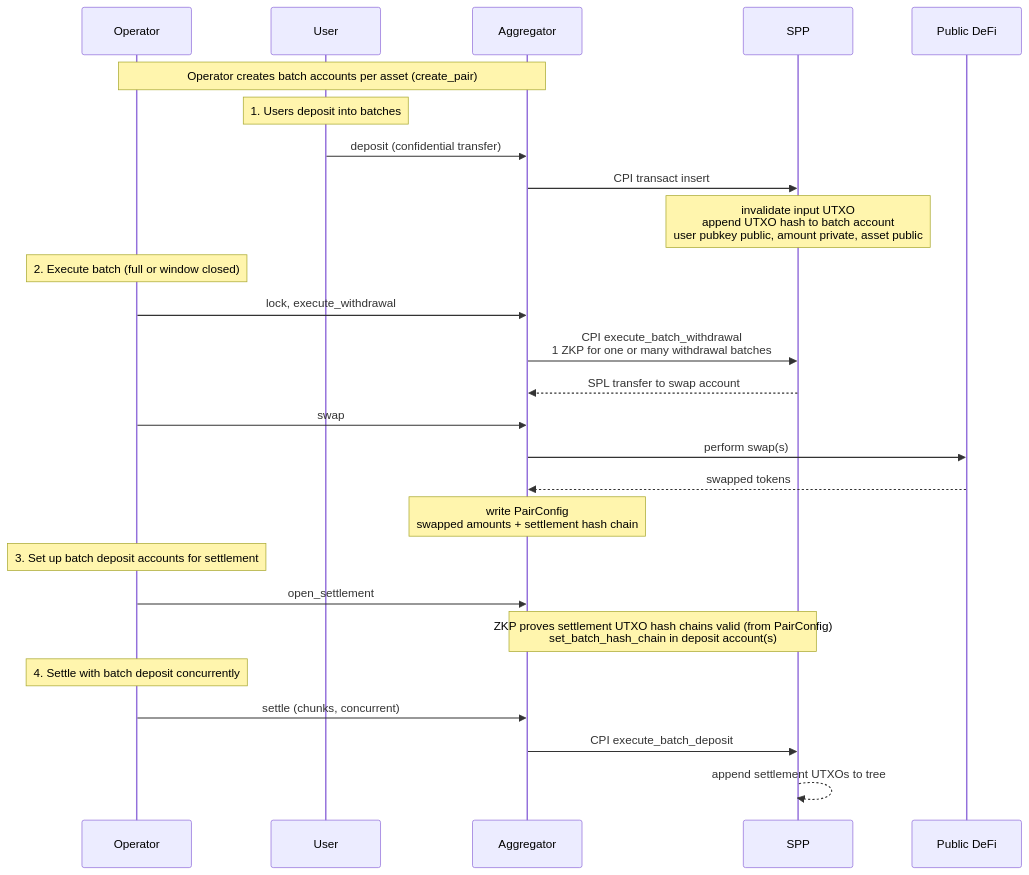
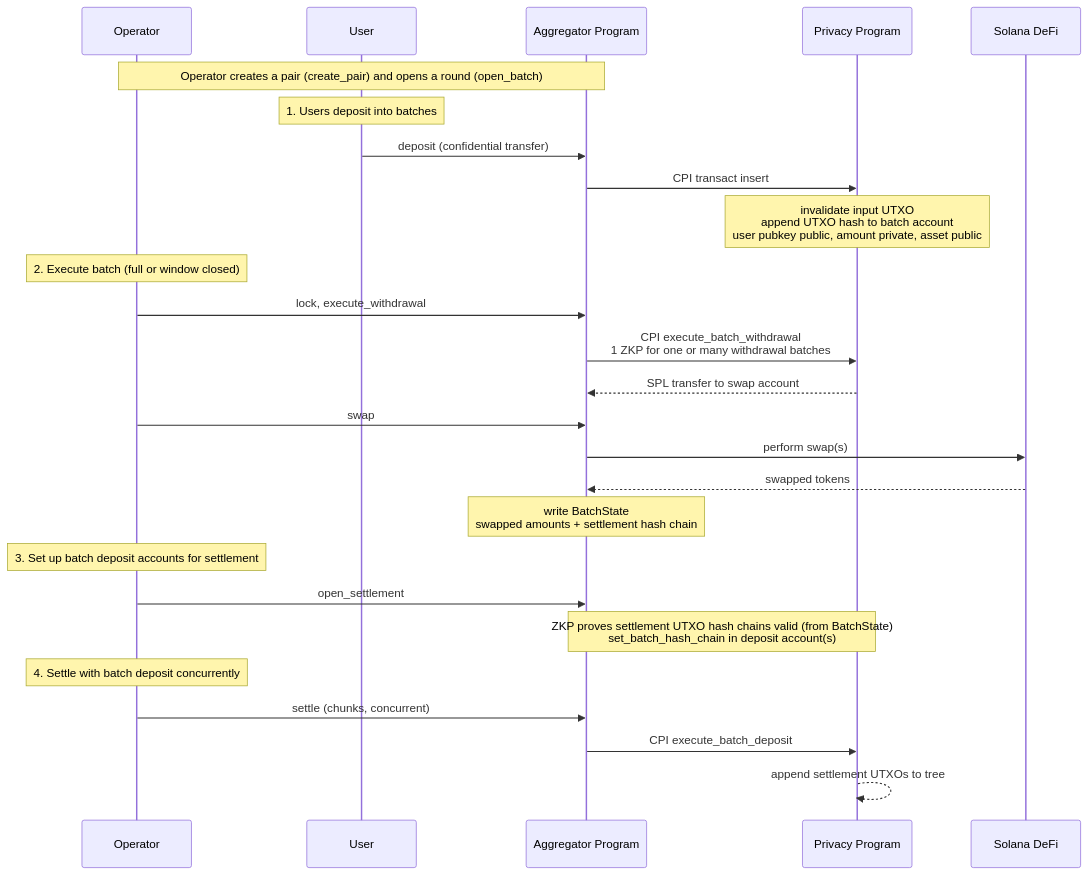
Before and after one commit to helius-labs/zolana: the diagram in docs/batch_aggregator_program.md, drawn with Mermaid. The commit also changed other lines of this file and 1 other file, not shown here.

First line of the commit message:
docs: single-use batch aggregator; SPP batch seed by 32-byte id

````diff
--- a/docs/batch_aggregator_program.md
+++ b/docs/batch_aggregator_program.md
@@ -15,33 +15,33 @@
 ```mermaid
 sequenceDiagram
     participant Operator
     participant User
-    participant Agg as Aggregator
-    participant SPP as SPP
-    participant DeFi as Public DeFi
+    participant Agg as Aggregator Program
+    participant SPP as Privacy Program
+    participant DeFi as Solana DeFi
 
-    Note over Operator,Agg: Operator creates batch accounts per asset (create_pair)
+    Note over Operator,Agg: Operator creates a pair (create_pair) and opens a round (open_batch)
 
     Note over User: 1. Users deposit into batches
     User->>Agg: deposit (confidential transfer)
     Agg->>SPP: CPI transact insert
     Note over SPP: invalidate input UTXO <br> append UTXO hash to batch account <br> user pubkey public, amount private, asset public
 
     Note over Operator: 2. Execute batch (full or window closed)
     Operator->>Agg: lock, execute_withdrawal
     Agg->>SPP: CPI execute_batch_withdrawal <br> 1 ZKP for one or many withdrawal batches
     SPP-->>Agg: SPL transfer to swap account
     Operator->>Agg: swap
     Agg->>DeFi: perform swap(s)
     DeFi-->>Agg: swapped tokens
-    Note over Agg: write PairConfig <br> swapped amounts + settlement hash chain
+    Note over Agg: write BatchState <br> swapped amounts + settlement hash chain
 
     Note over Operator: 3. Set up batch deposit accounts for settlement
     Operator->>Agg: open_settlement
-    Note over Agg,SPP: ZKP proves settlement UTXO hash chains valid (from PairConfig) <br> set_batch_hash_chain in deposit account(s)
+    Note over Agg,SPP: ZKP proves settlement UTXO hash chains valid (from BatchState) <br> set_batch_hash_chain in deposit account(s)
 
     Note over Operator: 4. Settle with batch deposit concurrently
     Operator->>Agg: settle (chunks, concurrent)
     Agg->>SPP: CPI execute_batch_deposit
     SPP-->>SPP: append settlement UTXOs to tree
 ```
````
